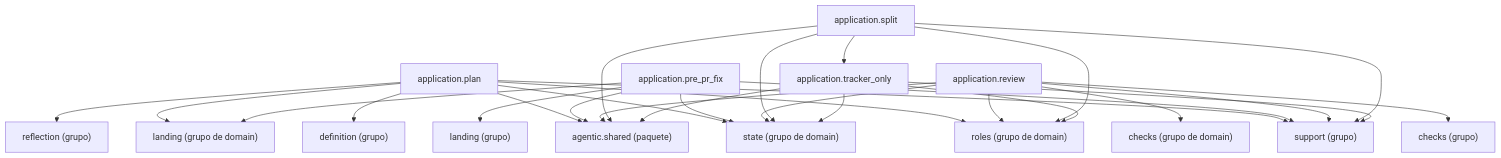
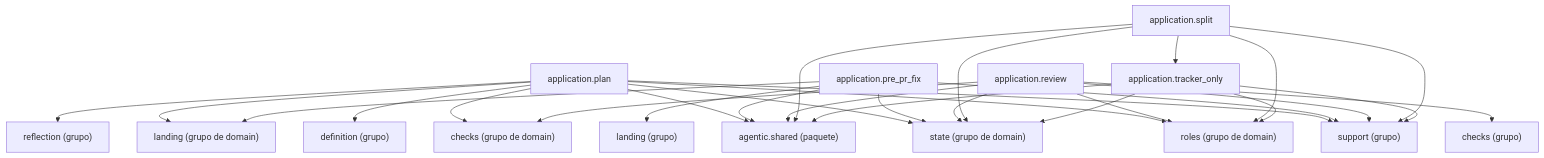
The diagram in docs/architecture/generated/packages-process-application-build-2.md (GonzaloZevallos/agentic-system), drawn with Mermaid before and after one commit. The commit also changed 4 other files, not shown here.

Commit message:
Regenerate the architecture pages on the integrated head and describe the plan-time CI name rule

````diff
--- a/docs/architecture/generated/packages-process-application-build-2.md
+++ b/docs/architecture/generated/packages-process-application-build-2.md
@@ -16,45 +16,46 @@
 ```mermaid
 graph TD
     g_application__checks["checks (grupo)"]
     g_application__definition["definition (grupo)"]
     g_application__landing["landing (grupo)"]
     g_application__reflection["reflection (grupo)"]
     g_application__support["support (grupo)"]
     g_domain__checks["checks (grupo de domain)"]
     g_domain__landing["landing (grupo de domain)"]
     g_domain__roles["roles (grupo de domain)"]
     g_domain__state["state (grupo de domain)"]
     g_pkg__agentic__shared["agentic.shared (paquete)"]
     m_application__plan["application.plan"]
     m_application__pre_pr_fix["application.pre_pr_fix"]
     m_application__review["application.review"]
     m_application__split["application.split"]
     m_application__tracker_only["application.tracker_only"]
     m_application__plan --> g_application__definition
     m_application__plan --> g_application__reflection
     m_application__plan --> g_application__support
+    m_application__plan --> g_domain__checks
     m_application__plan --> g_domain__landing
     m_application__plan --> g_domain__roles
     m_application__plan --> g_domain__state
     m_application__plan --> g_pkg__agentic__shared
     m_application__pre_pr_fix --> g_application__landing
     m_application__pre_pr_fix --> g_application__support
     m_application__pre_pr_fix --> g_domain__landing
     m_application__pre_pr_fix --> g_domain__state
     m_application__pre_pr_fix --> g_pkg__agentic__shared
     m_application__review --> g_application__checks
     m_application__review --> g_application__support
     m_application__review --> g_domain__checks
     m_application__review --> g_domain__roles
     m_application__review --> g_domain__state
     m_application__review --> g_pkg__agentic__shared
     m_application__split --> g_application__support
     m_application__split --> g_domain__roles
     m_application__split --> g_domain__state
     m_application__split --> g_pkg__agentic__shared
     m_application__split --> m_application__tracker_only
     m_application__tracker_only --> g_application__support
     m_application__tracker_only --> g_domain__roles
     m_application__tracker_only --> g_domain__state
     m_application__tracker_only --> g_pkg__agentic__shared
 ```
````
